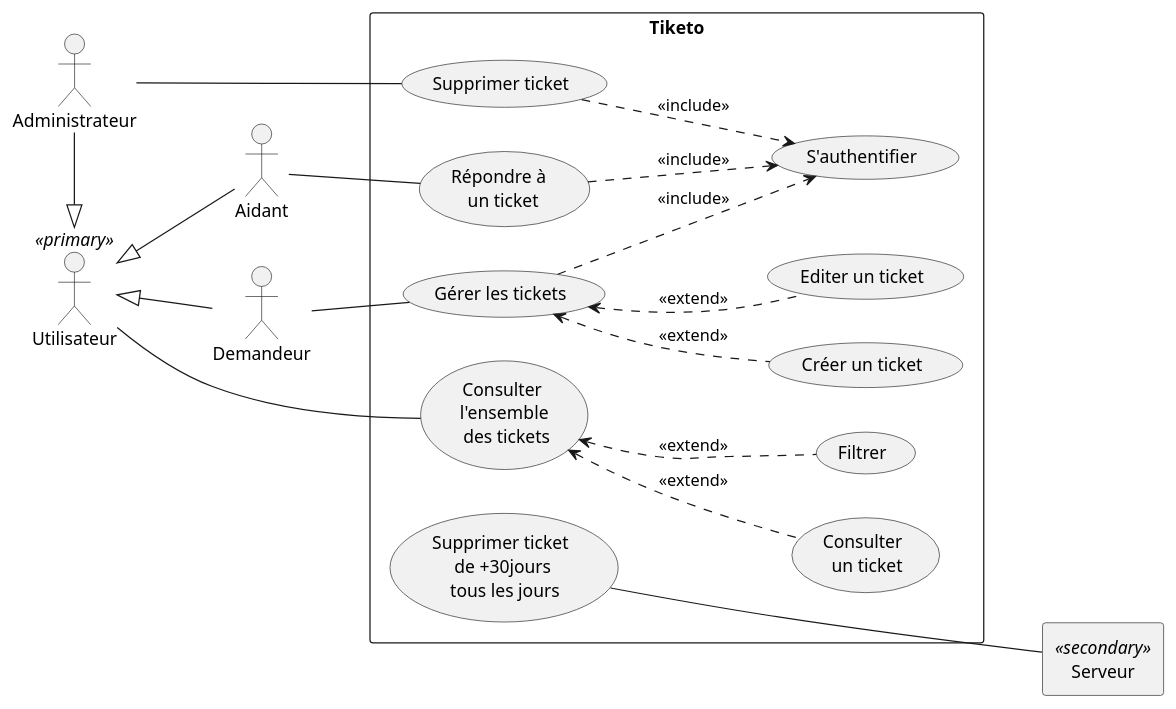
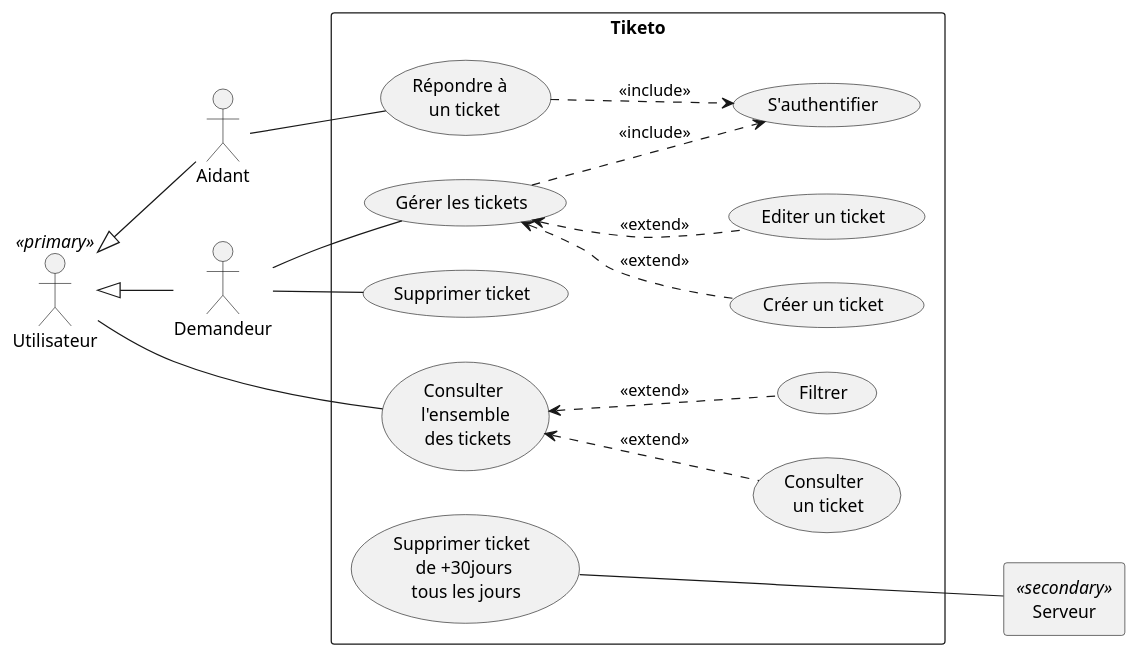
One commit to dorianleveque/CoHub changed the diagram in docs/UML/cas utilisation.puml. Above: the diagram before and after it, drawn with PlantUML. The commit also changed 4 other files, not shown here.

```diff
--- a/docs/UML/cas utilisation.puml
+++ b/docs/UML/cas utilisation.puml
@@ -1,42 +1,38 @@
 @startuml cas d'utilisation
 left to right direction
 actor Utilisateur as "Utilisateur" <<primary>>
 actor Aidant
 actor Demandeur
-actor Administrateur
 agent Serveur as "Serveur" <<secondary>>
 
 Utilisateur <|-- Aidant
 Utilisateur <|-- Demandeur
-Utilisateur <|-left- Administrateur
 
 rectangle "Tiketo" {
     usecase UC1 as "Consulter \n l'ensemble \n des tickets"
     usecase UC2 as "Consulter \n un ticket"
     usecase UC3 as "Filtrer"
     usecase UC4 as "Gérer les tickets"
     usecase UC5 as "Créer un ticket"
     usecase UC6 as "Editer un ticket"
     usecase UC7 as "Répondre à \n un ticket"
     usecase UC8 as "S'authentifier"
     usecase UC9 as "Supprimer ticket"
     usecase UC10 as "Supprimer ticket \n de +30jours \n tous les jours" 
 
     Utilisateur -- (UC1)
     UC1 <.. UC2 : <<extend>>
     UC1 <.. UC3 : <<extend>>
 
     Demandeur -- UC4
+    Demandeur -- UC9
     UC4 ..> UC8 : <<include>>
     UC4 <.. UC5 : <<extend>>
     UC4 <.. UC6 : <<extend>>
 
     Aidant -- UC7
     UC7 ..> UC8 : <<include>>
 
-    Administrateur -- UC9
-    UC9 ..> UC8 : <<include>>
-
     UC10 --- Serveur
 }
 @enduml
```
